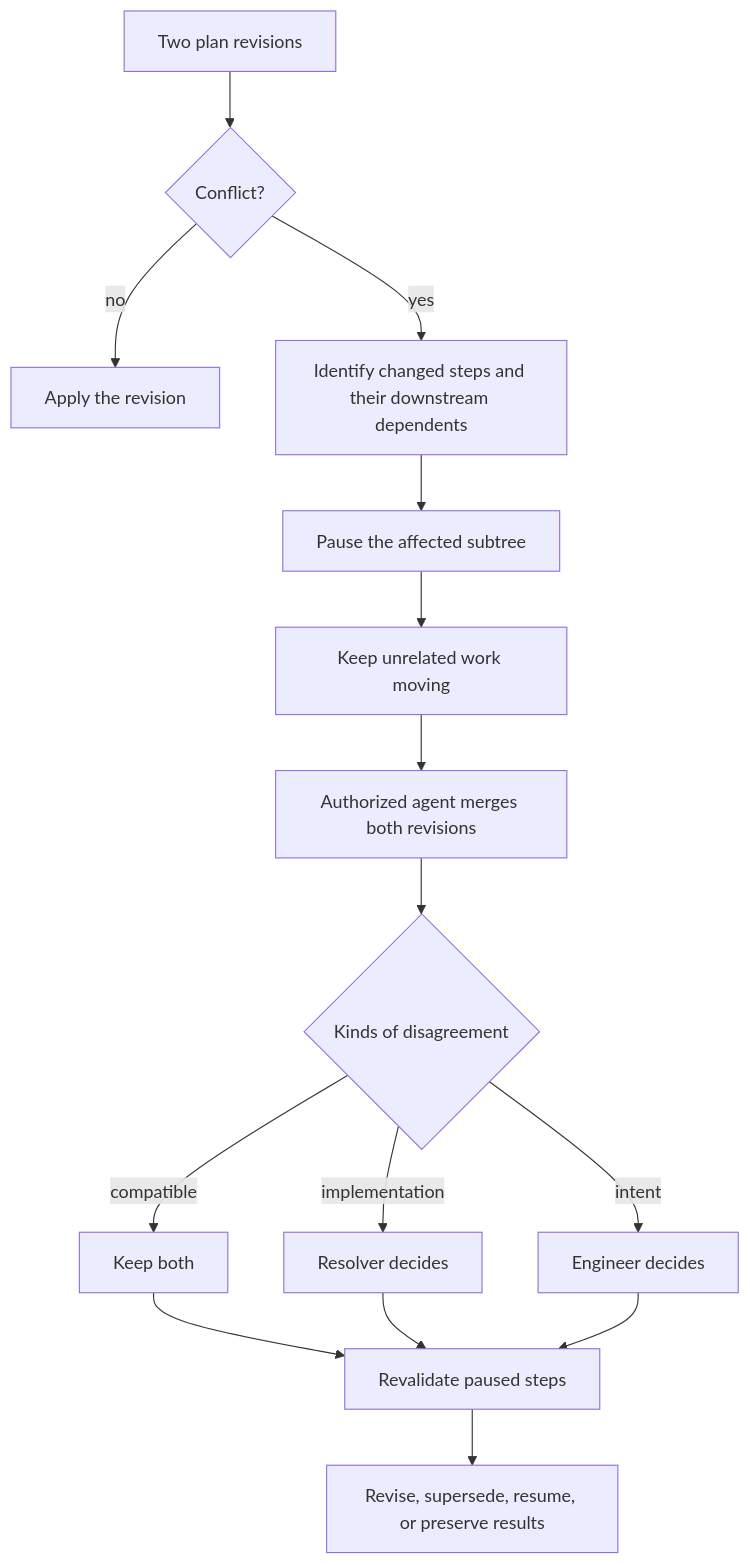
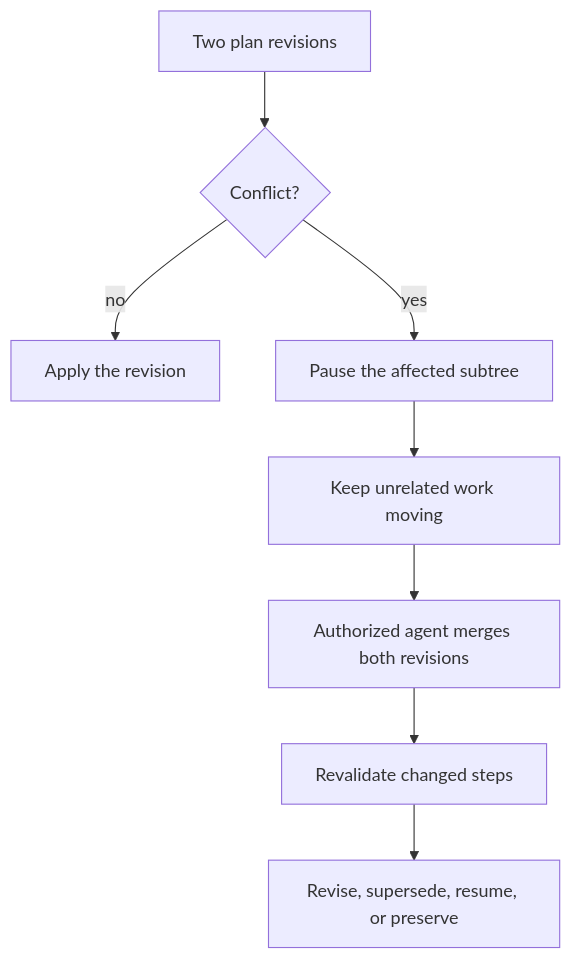
One commit to piton-lang/factory changed the diagram in docs/src/content/docs/guides/planning.md. Above: the diagram before and after it, drawn with Mermaid. The commit also changed other lines of this file and 37 other files, not shown here.

````diff
--- a/docs/src/content/docs/guides/planning.md
+++ b/docs/src/content/docs/guides/planning.md
@@ -6,17 +11,10 @@
 ```mermaid
 flowchart TD
     A["Two plan revisions"] --> B{"Conflict?"}
     B -->|no| C["Apply the revision"]
-    B -->|yes| D["Identify changed steps and their downstream dependents"]
-    D --> E["Pause the affected subtree"]
-    E --> F["Keep unrelated work moving"]
-    F --> G["Authorized agent merges both revisions"]
-    G --> H{"Kinds of disagreement"}
-    H -->|compatible| I["Keep both"]
-    H -->|implementation| J["Resolver decides"]
-    H -->|intent| K["Engineer decides"]
-    I --> L["Revalidate paused steps"]
-    J --> L
-    K --> L
-    L --> M["Revise, supersede, resume, or preserve results"]
+    B -->|yes| D["Pause the affected subtree"]
+    D --> E["Keep unrelated work moving"]
+    E --> F["Authorized agent merges both revisions"]
+    F --> G["Revalidate changed steps"]
+    G --> H["Revise, supersede, resume, or preserve"]
 ```
````
